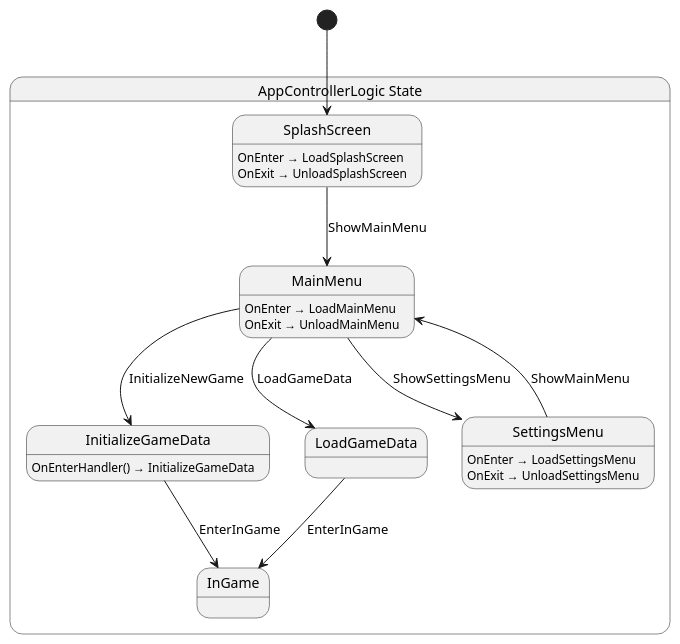
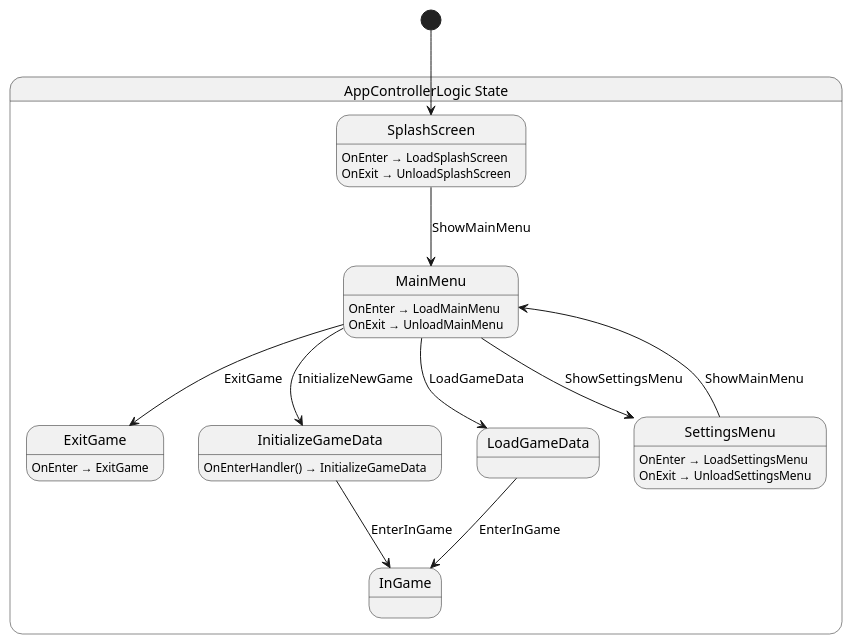
The diagram in src/scenes/app_controller/logic/AppControllerLogic.g.puml (zheladev/ADHDGame), drawn with PlantUML before and after one commit. The commit also changed 7 other files, not shown here.

Commit message:
feat: exit game

```diff
--- a/src/scenes/app_controller/logic/AppControllerLogic.g.puml
+++ b/src/scenes/app_controller/logic/AppControllerLogic.g.puml
@@ -1,28 +1,31 @@
 @startuml AppControllerLogic
 state "AppControllerLogic State" as ADHDGame_Scenes_AppController_AppControllerLogic_State {
+  state "ExitGame" as ADHDGame_Scenes_AppController_AppControllerLogic_State_ExitGame
   state "InGame" as ADHDGame_Scenes_AppController_AppControllerLogic_State_InGame
   state "InitializeGameData" as ADHDGame_Scenes_AppController_AppControllerLogic_State_InitializeGameData
   state "LoadGameData" as ADHDGame_Scenes_AppController_AppControllerLogic_State_LoadGameData
   state "MainMenu" as ADHDGame_Scenes_AppController_AppControllerLogic_State_MainMenu
   state "SettingsMenu" as ADHDGame_Scenes_AppController_AppControllerLogic_State_SettingsMenu
   state "SplashScreen" as ADHDGame_Scenes_AppController_AppControllerLogic_State_SplashScreen
 }
 
 ADHDGame_Scenes_AppController_AppControllerLogic_State_InitializeGameData --> ADHDGame_Scenes_AppController_AppControllerLogic_State_InGame : EnterInGame
 ADHDGame_Scenes_AppController_AppControllerLogic_State_LoadGameData --> ADHDGame_Scenes_AppController_AppControllerLogic_State_InGame : EnterInGame
+ADHDGame_Scenes_AppController_AppControllerLogic_State_MainMenu --> ADHDGame_Scenes_AppController_AppControllerLogic_State_ExitGame : ExitGame
 ADHDGame_Scenes_AppController_AppControllerLogic_State_MainMenu --> ADHDGame_Scenes_AppController_AppControllerLogic_State_InitializeGameData : InitializeNewGame
 ADHDGame_Scenes_AppController_AppControllerLogic_State_MainMenu --> ADHDGame_Scenes_AppController_AppControllerLogic_State_LoadGameData : LoadGameData
 ADHDGame_Scenes_AppController_AppControllerLogic_State_MainMenu --> ADHDGame_Scenes_AppController_AppControllerLogic_State_SettingsMenu : ShowSettingsMenu
 ADHDGame_Scenes_AppController_AppControllerLogic_State_SettingsMenu --> ADHDGame_Scenes_AppController_AppControllerLogic_State_MainMenu : ShowMainMenu
 ADHDGame_Scenes_AppController_AppControllerLogic_State_SplashScreen --> ADHDGame_Scenes_AppController_AppControllerLogic_State_MainMenu : ShowMainMenu
 
+ADHDGame_Scenes_AppController_AppControllerLogic_State_ExitGame : OnEnter → ExitGame
 ADHDGame_Scenes_AppController_AppControllerLogic_State_InitializeGameData : OnEnterHandler() → InitializeGameData
 ADHDGame_Scenes_AppController_AppControllerLogic_State_MainMenu : OnEnter → LoadMainMenu
 ADHDGame_Scenes_AppController_AppControllerLogic_State_MainMenu : OnExit → UnloadMainMenu
 ADHDGame_Scenes_AppController_AppControllerLogic_State_SettingsMenu : OnEnter → LoadSettingsMenu
 ADHDGame_Scenes_AppController_AppControllerLogic_State_SettingsMenu : OnExit → UnloadSettingsMenu
 ADHDGame_Scenes_AppController_AppControllerLogic_State_SplashScreen : OnEnter → LoadSplashScreen
 ADHDGame_Scenes_AppController_AppControllerLogic_State_SplashScreen : OnExit → UnloadSplashScreen
 
 [*] --> ADHDGame_Scenes_AppController_AppControllerLogic_State_SplashScreen
 @enduml
```
